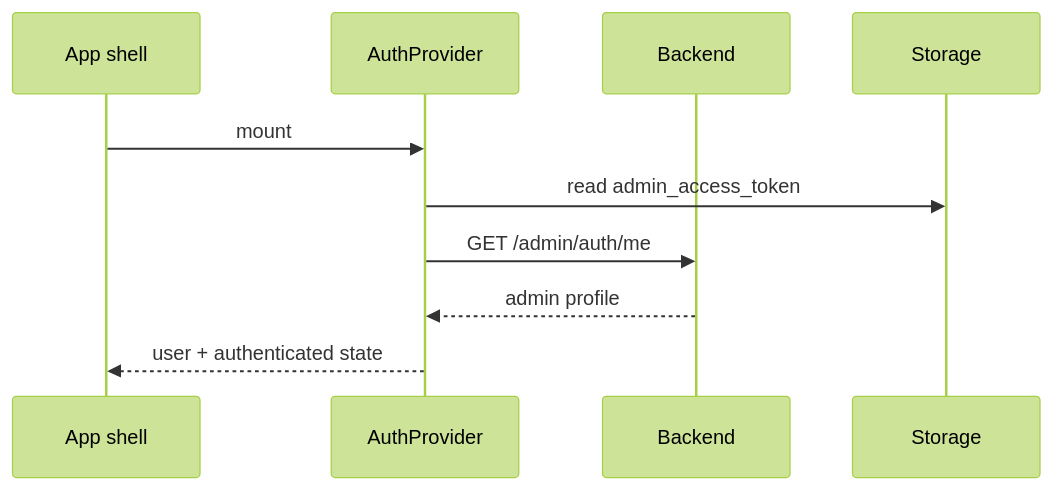
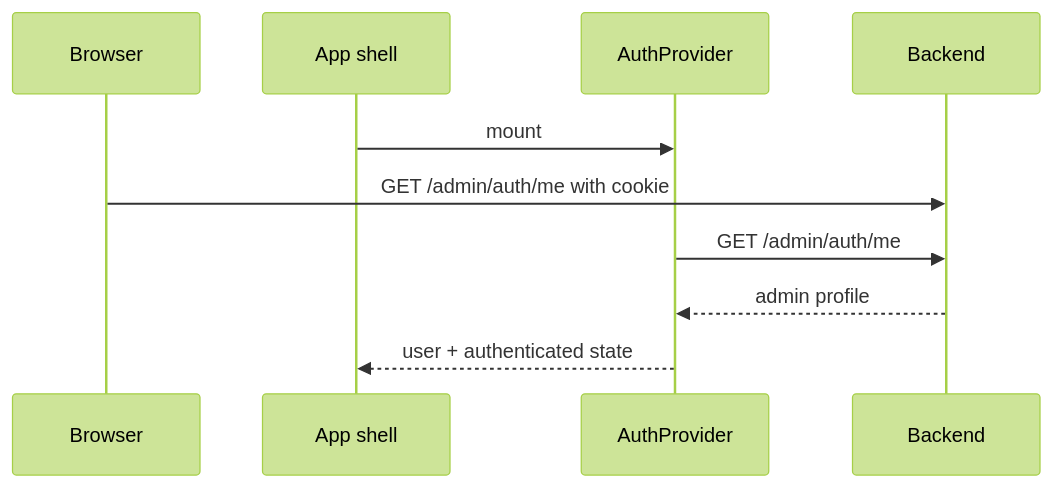
Before and after one commit to MicroClub-USTHB/multAI: the third of 4 diagrams in frontend/docs/integration.md, drawn with Mermaid (forest theme). The commit also changed other lines of this file and 2 other files, not shown here.

Commit message:
fix(auth): use backend session cookie

````diff
--- a/frontend/docs/integration.md
+++ b/frontend/docs/integration.md
@@ -75,12 +73,13 @@
 ```mermaid
-sequenceDiagram
+  sequenceDiagram
+  participant Browser
   participant App as App shell
   participant Auth as AuthProvider
   participant API as Backend
 
   App->>Auth: mount
-  Auth->>Storage: read admin_access_token
+  Browser->>API: GET /admin/auth/me with cookie
   Auth->>API: GET /admin/auth/me
   API-->>Auth: admin profile
   Auth-->>App: user + authenticated state
 ```
````
